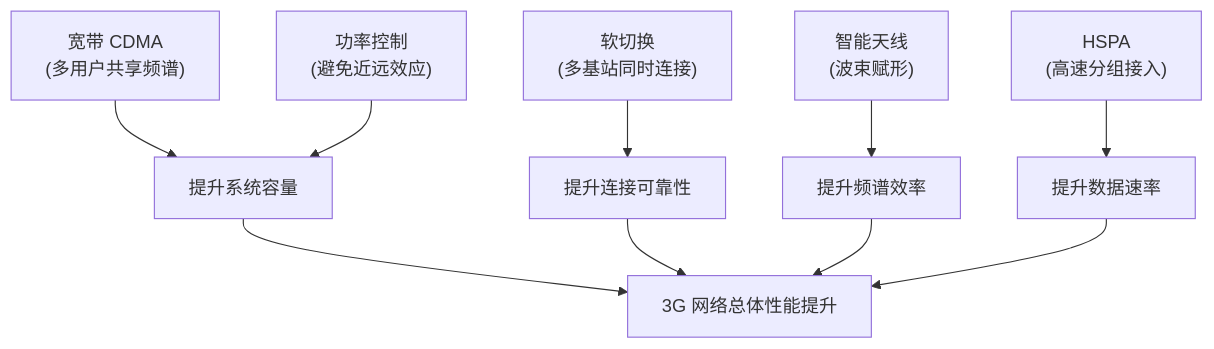
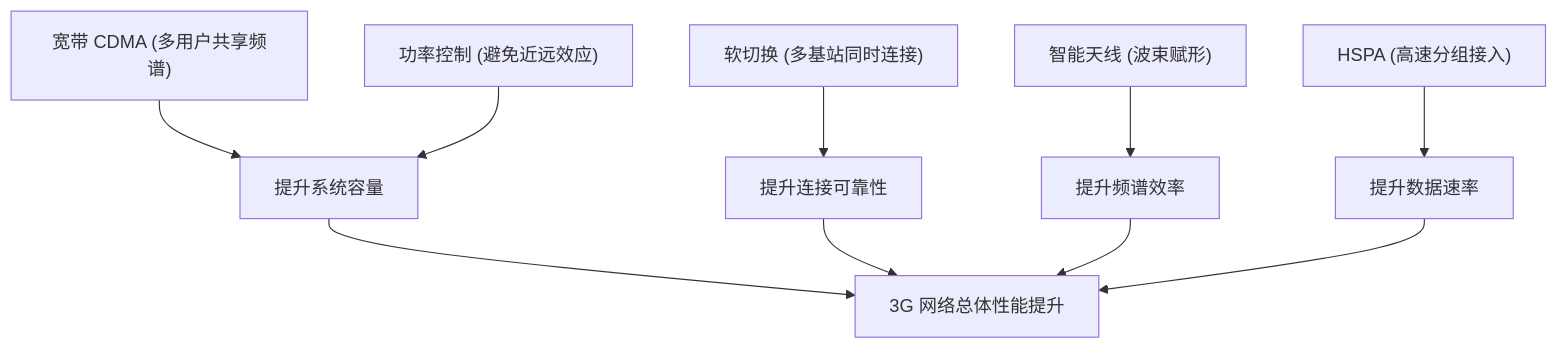
Before and after one commit to mzrf/mzrf.github.io: the third of 3 diagrams in p/3.RF无线技术-蜂窝网-3G.md, drawn with Mermaid. The commit also changed other lines of this file, not shown here.

Commit message:
p/3.RF无线技术-蜂窝网-3G.md updated from https://stackedit.io/

````diff
--- a/p/3.RF无线技术-蜂窝网-3G.md
+++ b/p/3.RF无线技术-蜂窝网-3G.md
@@ -385,14 +384,12 @@
 ```mermaid
 graph TB
-    A["宽带 CDMA\n(多用户共享频谱)"] --> F["提升系统容量"]
-    B["功率控制\n(避免近远效应)"] --> F
-
-    C["软切换\n(多基站同时连接)"] --> G["提升连接可靠性"]
-    D["智能天线\n(波束赋形)"] --> H["提升频谱效率"]
-    E["HSPA\n(高速分组接入)"] --> I["提升数据速率"]
-
+    A["宽带 CDMA (多用户共享频谱)"] --> F["提升系统容量"]
+    B["功率控制 (避免近远效应)"] --> F
+    C["软切换 (多基站同时连接)"] --> G["提升连接可靠性"]
+    D["智能天线 (波束赋形)"] --> H["提升频谱效率"]
+    E["HSPA (高速分组接入)"] --> I["提升数据速率"]
     F --> J["3G 网络总体性能提升"]
     G --> J
     H --> J
     I --> J
 ```
````
